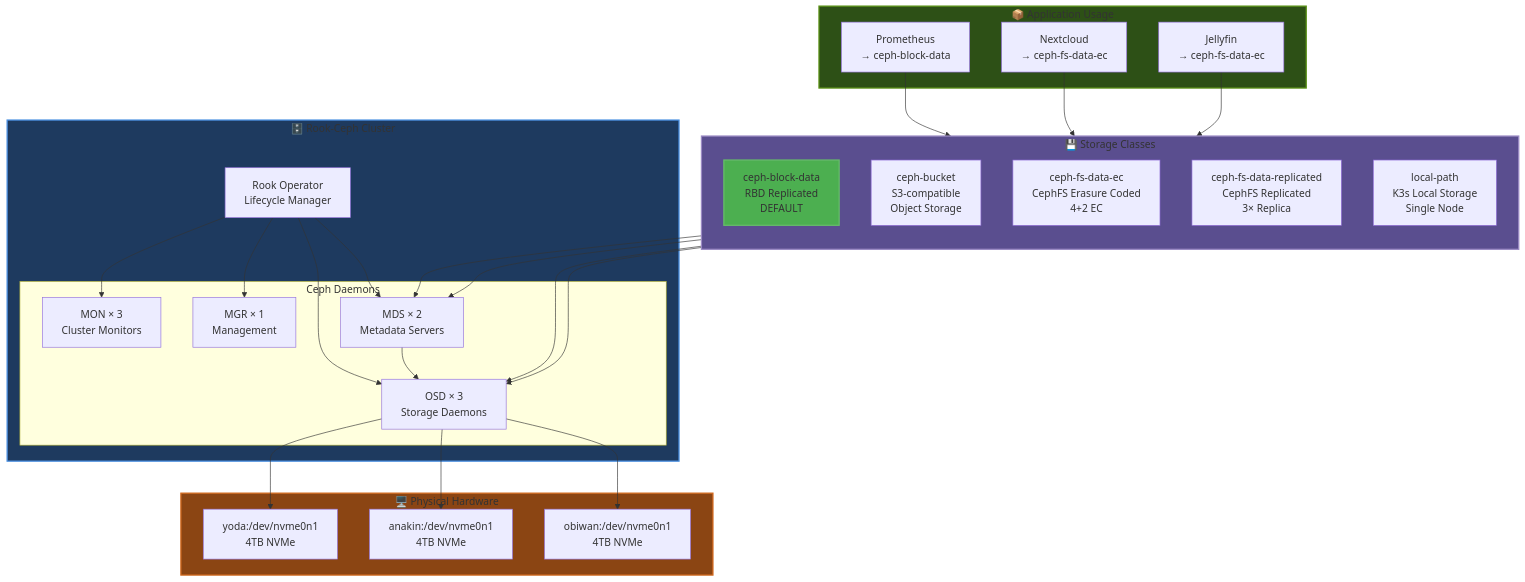
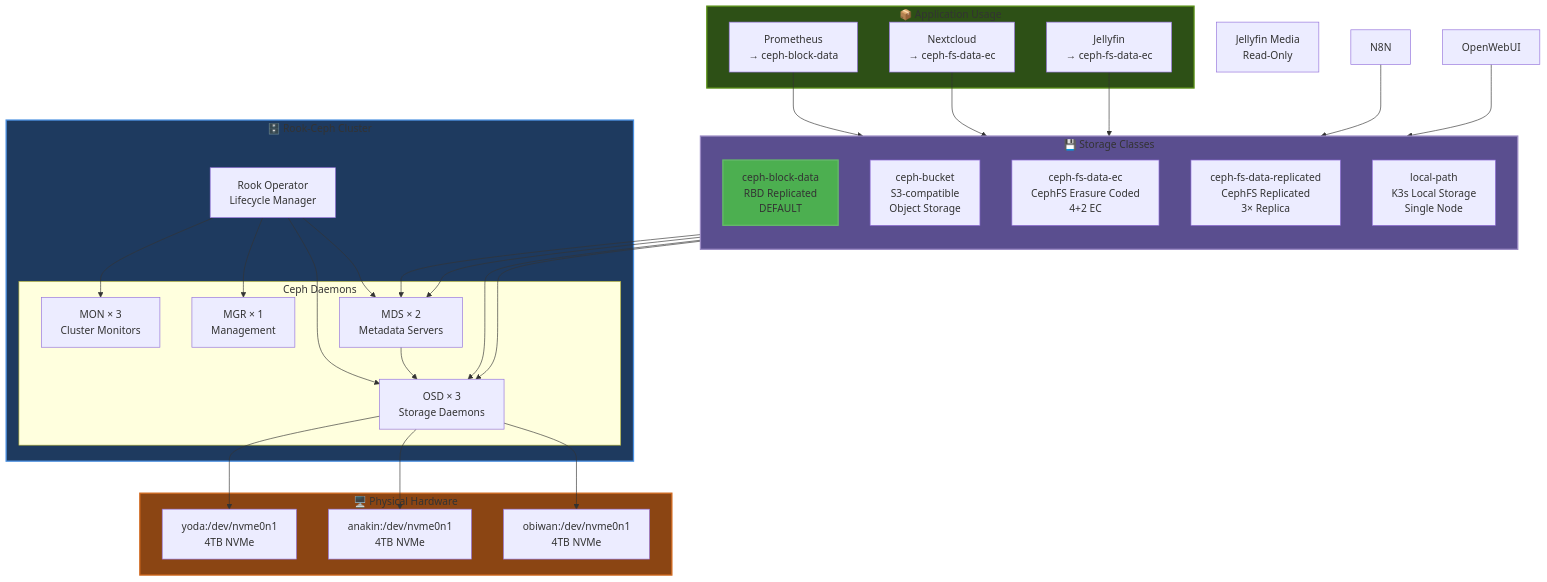
The fourth of 6 diagrams in docs/wiki/02-Architecture.md (seadogger-tech/seadogger-homelab), drawn with Mermaid before and after one commit. The commit also changed other lines of this file, not shown here.

First line of the commit message:
Fix Chapter 02 architecture diagrams with accurate technical details

````diff
--- a/docs/wiki/02-Architecture.md
+++ b/docs/wiki/02-Architecture.md
@@ -219,59 +221,62 @@
 ```mermaid
 graph TB
     subgraph RookCeph["🗄️ Rook-Ceph Cluster"]
         Operator[Rook Operator<br/>Lifecycle Manager]
 
         subgraph Daemons["Ceph Daemons"]
             MON[MON × 3<br/>Cluster Monitors]
             MGR[MGR × 1<br/>Management]
             OSD[OSD × 3<br/>Storage Daemons]
             MDS[MDS × 2<br/>Metadata Servers]
         end
     end
 
     subgraph Storage["💾 Storage Classes"]
         direction TB
         Default[ceph-block-data<br/>RBD Replicated<br/>DEFAULT]
         Bucket[ceph-bucket<br/>S3-compatible<br/>Object Storage]
         FSEC[ceph-fs-data-ec<br/>CephFS Erasure Coded<br/>4+2 EC]
         FSRep[ceph-fs-data-replicated<br/>CephFS Replicated<br/>3× Replica]
         LocalPath[local-path<br/>K3s Local Storage<br/>Single Node]
     end
 
     subgraph Hardware["🖥️ Physical Hardware"]
         NVMe1[yoda:/dev/nvme0n1<br/>4TB NVMe]
         NVMe2[anakin:/dev/nvme0n1<br/>4TB NVMe]
         NVMe3[obiwan:/dev/nvme0n1<br/>4TB NVMe]
     end
 
     subgraph AppsLayer["📦 Application Usage"]
         PrometheusApp[Prometheus<br/>→ ceph-block-data]
         NextcloudApp[Nextcloud<br/>→ ceph-fs-data-ec]
         JellyfinApp[Jellyfin<br/>→ ceph-fs-data-ec]
     end
 
     Operator --> MON
     Operator --> MGR
     Operator --> OSD
     Operator --> MDS
 
     OSD --> NVMe1
     OSD --> NVMe2
     OSD --> NVMe3
 
     Default --> OSD
     Bucket --> OSD
     FSEC --> MDS
     FSRep --> MDS
     MDS --> OSD
 
     PrometheusApp --> Default
     NextcloudApp --> FSEC
     JellyfinApp --> FSEC
+    N8NApp[N8N] --> Default
+    OpenWebUIApp[OpenWebUI] --> Default
+    JellyfinMedia[Jellyfin Media<br/>Read-Only]
 
     style RookCeph fill:#1e3a5f,stroke:#4a90e2,stroke-width:2px
     style Storage fill:#5a4e8f,stroke:#9b8ac4,stroke-width:2px
     style Hardware fill:#8b4513,stroke:#d2691e,stroke-width:2px
     style AppsLayer fill:#2d5016,stroke:#5a9216,stroke-width:2px
     style Default fill:#4caf50,stroke:#66bb6a,stroke-width:2px
 ```
````
